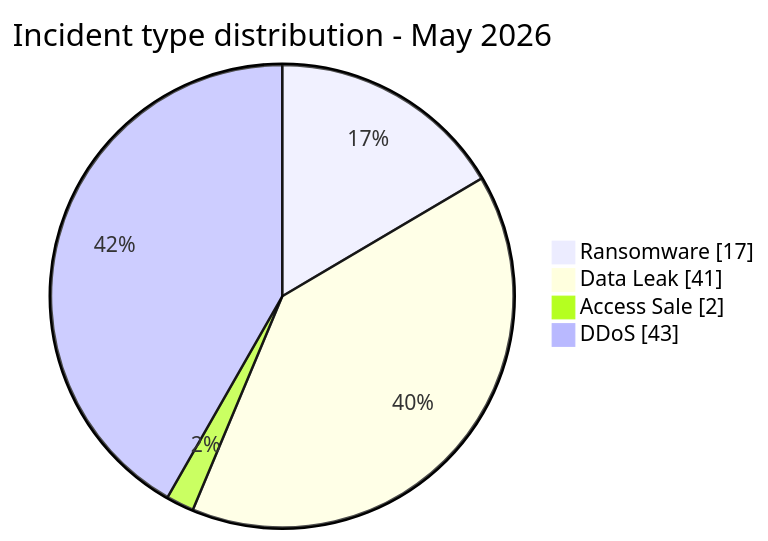
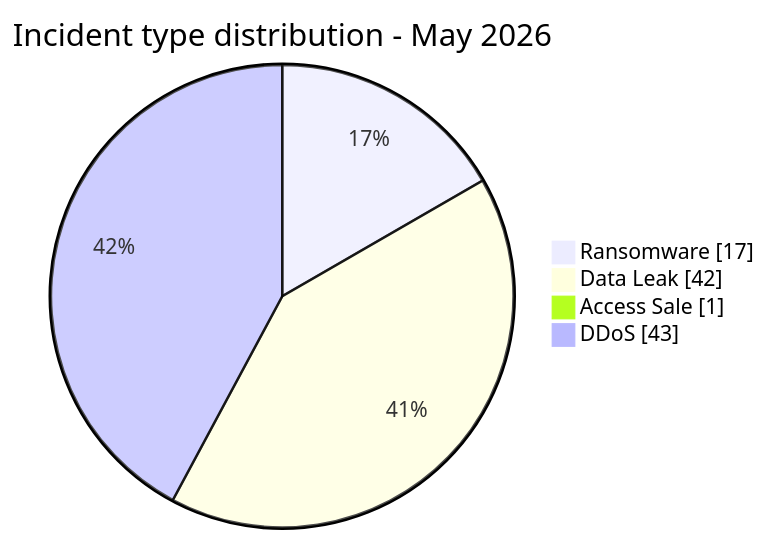
One commit to Hatchepsoute/AFRINTEL changed the fourth of 9 diagrams in CyberAttackAfrica/2026/05-may/README.md. Above: the diagram before and after it, drawn with Mermaid. The commit also changed other lines of this file and 10 other files, not shown here.

````diff
--- a/CyberAttackAfrica/2026/05-may/README.md
+++ b/CyberAttackAfrica/2026/05-may/README.md
@@ -204,8 +204,8 @@
 ```mermaid
 pie showData
  title Incident type distribution - May 2026
  "Ransomware" : 17
- "Data Leak" : 41
- "Access Sale" : 2
+ "Data Leak" : 42
+ "Access Sale" : 1
  "DDoS" : 43
 ```
````
